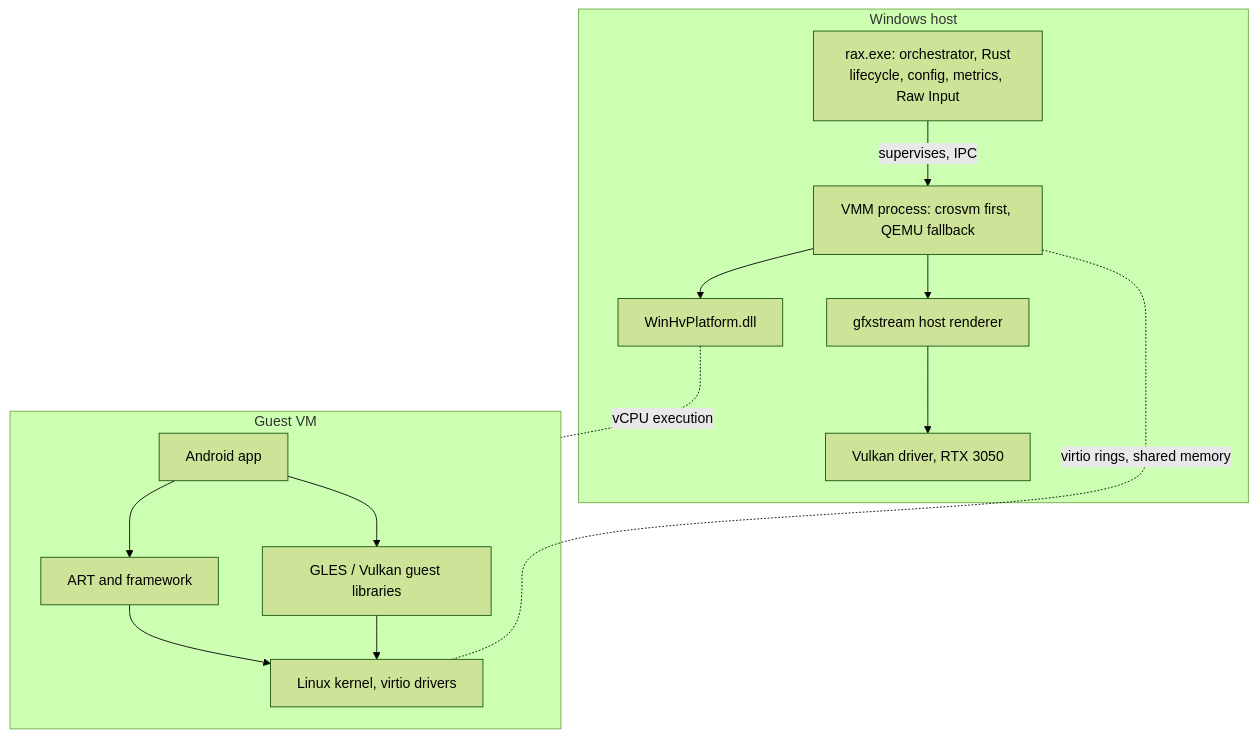
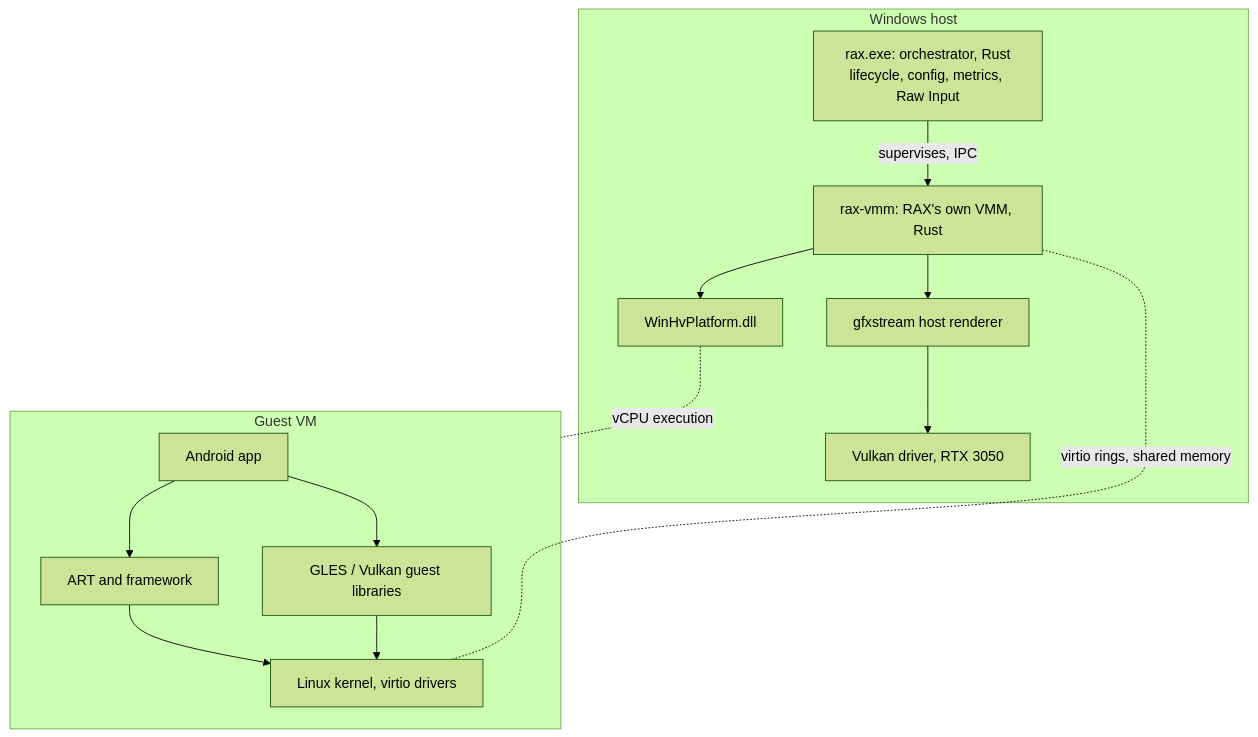
One commit to MrSpideyNihal/rax changed the diagram in docs/ARCHITECTURE.md. Above: the diagram before and after it, drawn with Mermaid (forest theme). The commit also changed other lines of this file and 46 other files, not shown here.

First line of the commit message:
Boot Linux on RAX's own Rust VMM (#1)

````diff
--- a/docs/ARCHITECTURE.md
+++ b/docs/ARCHITECTURE.md
@@ -7,23 +7,23 @@
 ```mermaid
 flowchart TB
     subgraph host [Windows host]
         rax["rax.exe: orchestrator, Rust<br/>lifecycle, config, metrics, Raw Input"]
-        vmm["VMM process: crosvm first, QEMU fallback"]
+        vmm["rax-vmm: RAX's own VMM, Rust"]
         gfx["gfxstream host renderer"]
         driver["Vulkan driver, RTX 3050"]
         whp["WinHvPlatform.dll"]
         rax -->|supervises, IPC| vmm
         vmm --> gfx --> driver
         vmm --> whp
     end
     subgraph guest [Guest VM]
         game["Android app"]
         art["ART and framework"]
         gles["GLES / Vulkan guest libraries"]
         linux["Linux kernel, virtio drivers"]
         game --> art --> linux
         game --> gles --> linux
     end
     whp -.vCPU execution.- guest
     linux -.virtio rings, shared memory.- vmm
 ```
````
